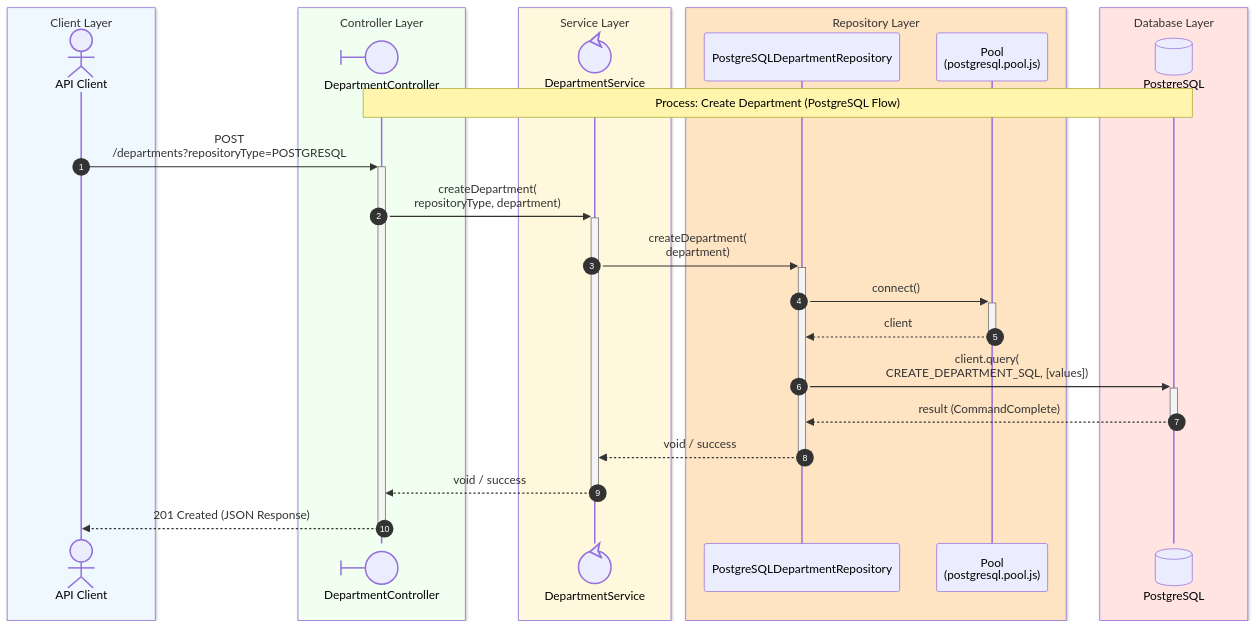
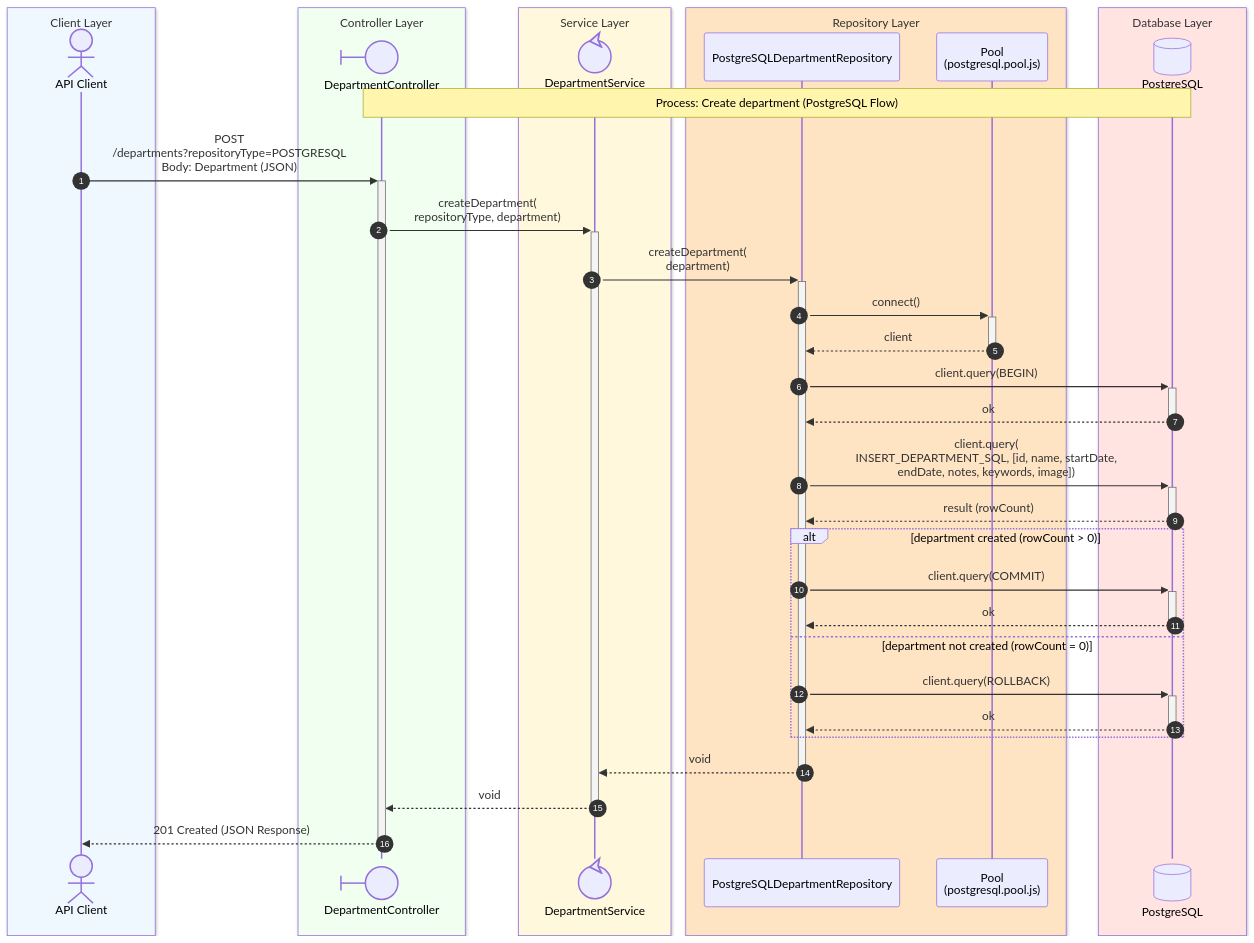
One commit to k1729p/Study28 changed the diagram in docs/mermaid/sequenceDiagramCreateDepartment.md. Above: the diagram before and after it, drawn with Mermaid. The commit also changed other lines of this file, not shown here.

````diff
--- a/docs/mermaid/sequenceDiagramCreateDepartment.md
+++ b/docs/mermaid/sequenceDiagramCreateDepartment.md
@@ -3,35 +3,46 @@
 ```mermaid
 sequenceDiagram
 box aliceblue Client Layer
   participant API_CLI@{ "type": "actor" } as API Client
 end
 box honeydew Controller Layer
   participant CTRL@{ "type": "boundary" } as DepartmentController
 end
 box cornsilk Service Layer
   participant SERV@{ "type": "control" } as DepartmentService
 end
 box bisque Repository Layer
   participant REPO as PostgreSQLDepartmentRepository
   participant POOL as Pool<br>(postgresql.pool.js)
 end
 box mistyrose Database Layer
   participant PSQL@{ "type" : "database" } as PostgreSQL
 end
 
 autonumber 1
-Note over CTRL, PSQL: Process: Create Department (PostgreSQL Flow)
+Note over CTRL, PSQL: Process: Create department (PostgreSQL Flow)
 
-API_CLI ->>+ CTRL: POST<br>/departments?repositoryType=POSTGRESQL
+API_CLI ->>+ CTRL: POST<br>/departments?repositoryType=POSTGRESQL<br>Body: Department (JSON)
 
 CTRL ->>+ SERV: createDepartment(<br>repositoryType, department)
 SERV ->>+ REPO: createDepartment(<br>department)
 REPO ->>+ POOL: connect()
 POOL -->>- REPO: client
-REPO ->>+ PSQL: client.query(<br>CREATE_DEPARTMENT_SQL, [values])
+REPO ->>+ PSQL: client.query(BEGIN)
+PSQL -->>- REPO: ok
+REPO ->>+ PSQL: client.query(<br>INSERT_DEPARTMENT_SQL, [id, name, startDate,<br>endDate, notes, keywords, image])
+PSQL -->>- REPO: result (rowCount)
 
-PSQL -->>- REPO: result (CommandComplete)
-REPO -->>- SERV: void / success
-SERV -->>- CTRL: void / success
-CTRL -->>- API_CLI: 201 Created (JSON Response)
+alt department created (rowCount > 0)
+    REPO ->>+ PSQL: client.query(COMMIT)
+    PSQL -->>- REPO: ok
+else department not created (rowCount = 0)
+    REPO ->>+ PSQL: client.query(ROLLBACK)
+    PSQL -->>- REPO: ok
+end
+
+REPO -->>- SERV: void
+SERV -->>- CTRL: void
+CTRL -->> API_CLI: 201 Created (JSON Response)
+deactivate CTRL
 ```
````
